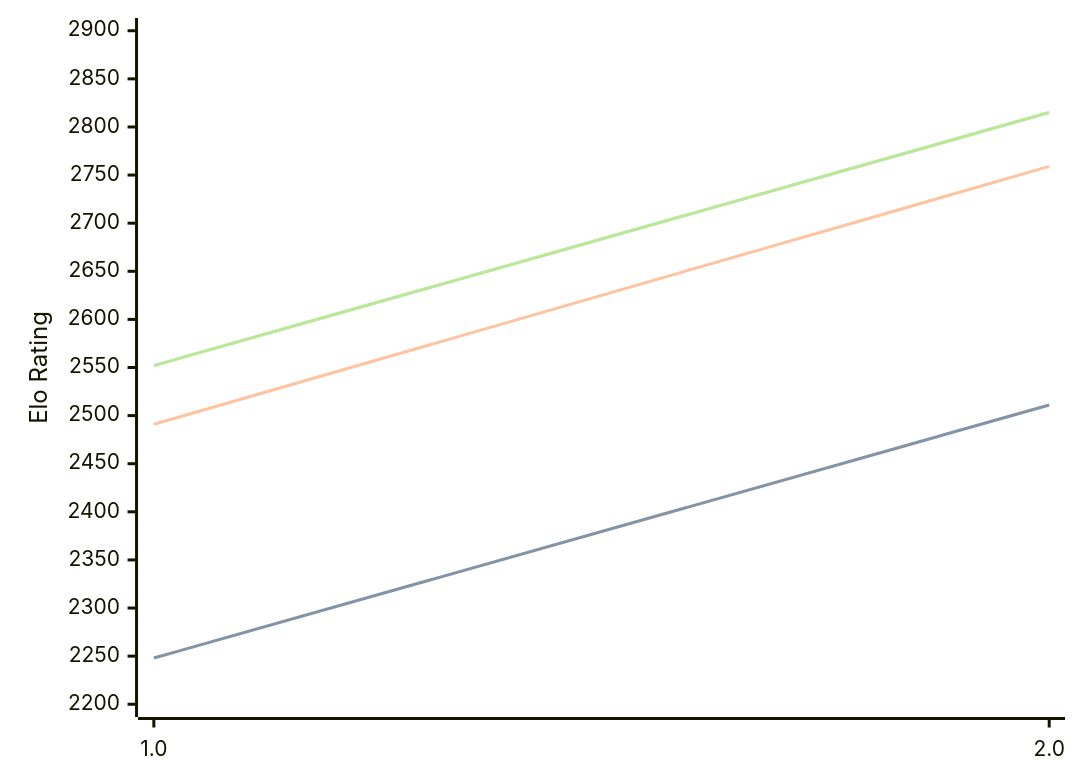
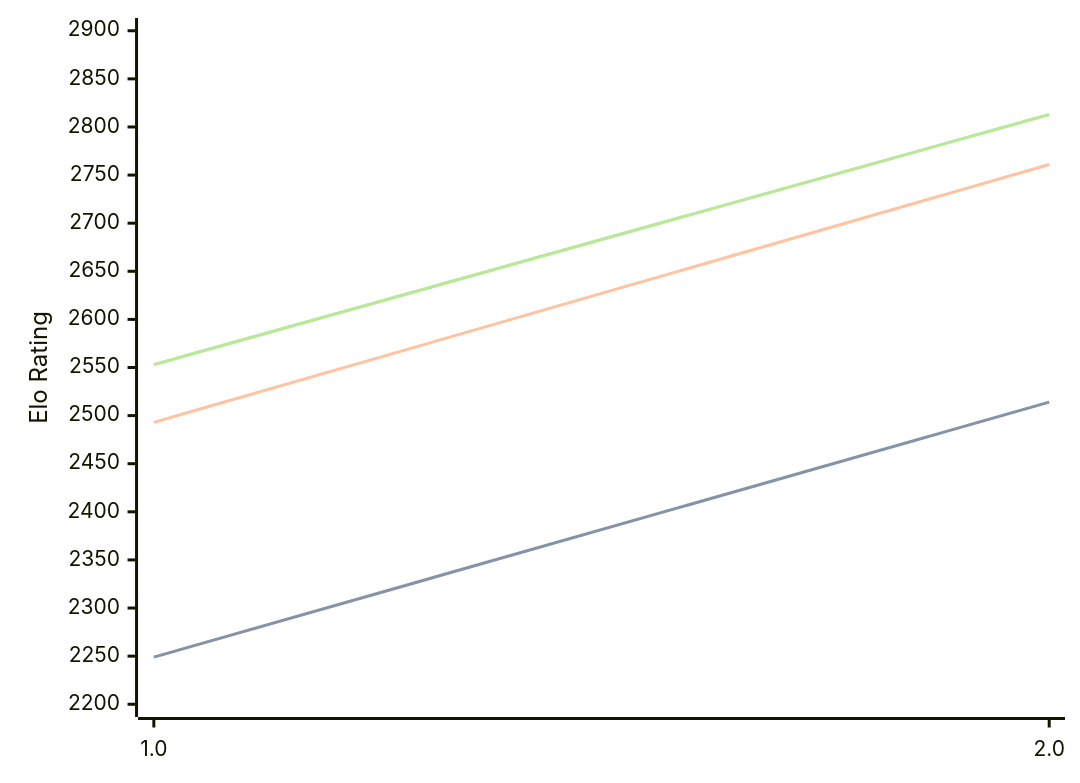
Before and after one commit to computer-chess-index/cci: the diagram in engines/Revolver.md, drawn with Mermaid. The commit also changed other lines of this file, not shown here.

Commit message:
Update CCI Ratings (ELO VLTC) - 2026-08-09

````diff
--- a/engines/Revolver.md
+++ b/engines/Revolver.md
@@ -32,11 +32,11 @@
 ```mermaid
 %%{init: {"theme":"base","themeVariables":{"seriesColors:['#a3a3a3','#222221','#faa371']}}}%%
 xychart-beta
   x-axis ["1.0", "2.0"]
   y-axis "Elo Rating" 2200 --> 2900
-  line "STC (8.0+0.08s)" [2248, 2511]
-  line "STC (8.0+0.08s)" [2248, 2511]
-  line "LTC (60.0+0.60s)" [2491, 2759]
-  line "VLTC (2m24s+1.12s)" [2552, 2815]
-  line "VLTC (2m24s+1.12s)" [2552, 2815]
+  line "STC (8.0+0.08s)" [2249, 2514]
+  line "STC (8.0+0.08s)" [2249, 2514]
+  line "LTC (60.0+0.60s)" [2493, 2761]
+  line "VLTC (2m24s+1.12s)" [2553, 2813]
+  line "VLTC (2m24s+1.12s)" [2553, 2813]
 ```
````
